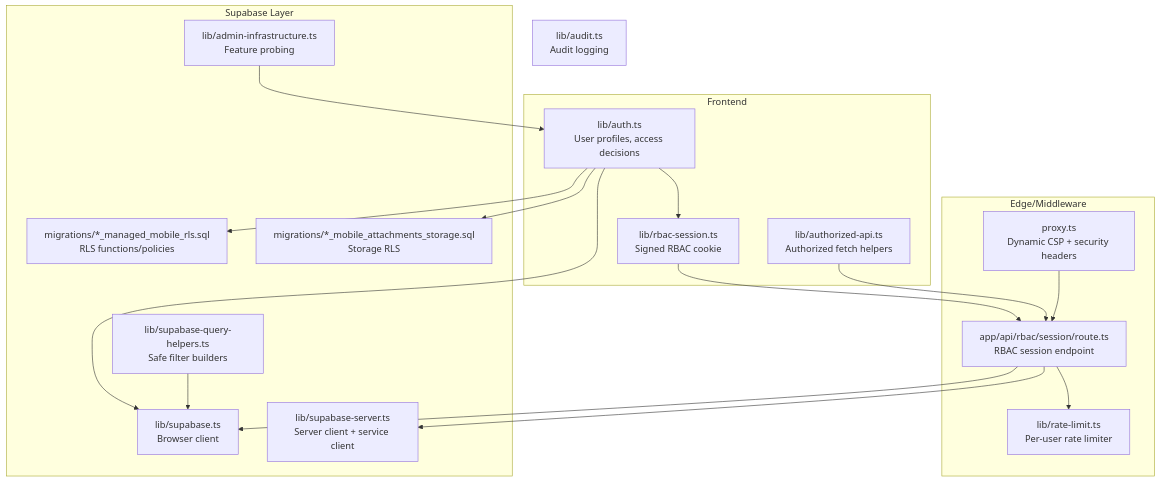
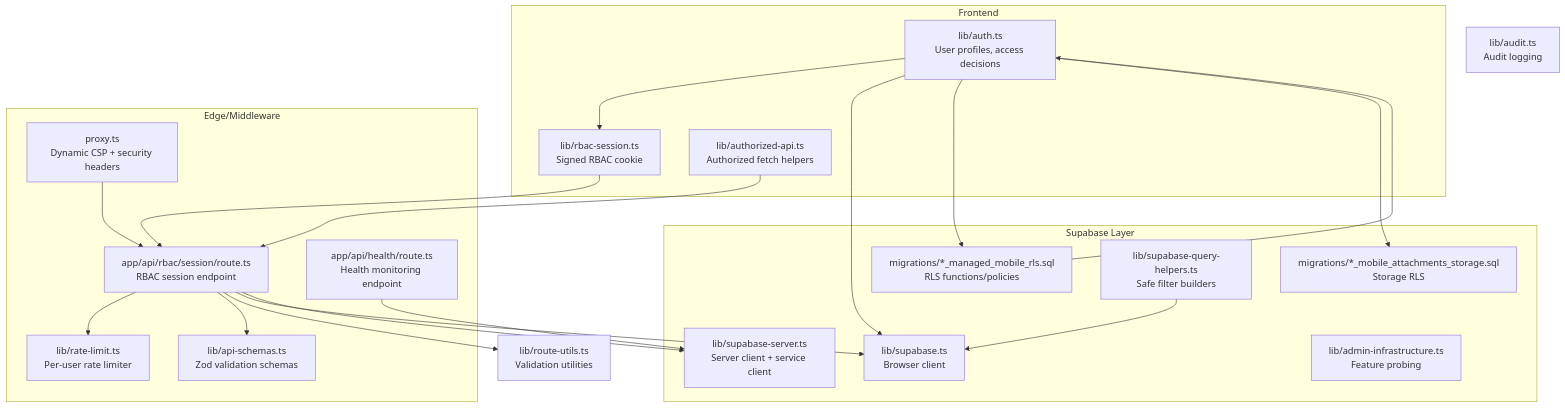
The first of 12 diagrams in .qoder/repowiki/en/content/Security Implementation/Security Implementation.md (mustafaalkusaj/appschoolmustafa2002), drawn with Mermaid before and after one commit. The commit also changed other lines of this file and 32884 other files, not shown here.

````diff
--- a/.qoder/repowiki/en/content/Security Implementation/Security Implementation.md
+++ b/.qoder/repowiki/en/content/Security Implementation/Security Implementation.md
@@ -56,34 +62,40 @@
 ```mermaid
 graph TB
 subgraph "Frontend"
 A["lib/auth.ts<br/>User profiles, access decisions"]
 B["lib/rbac-session.ts<br/>Signed RBAC cookie"]
 C["lib/authorized-api.ts<br/>Authorized fetch helpers"]
 end
 subgraph "Edge/Middleware"
 D["proxy.ts<br/>Dynamic CSP + security headers"]
 E["app/api/rbac/session/route.ts<br/>RBAC session endpoint"]
 F["lib/rate-limit.ts<br/>Per-user rate limiter"]
+G["lib/api-schemas.ts<br/>Zod validation schemas"]
+H["app/api/health/route.ts<br/>Health monitoring endpoint"]
 end
 subgraph "Supabase Layer"
-G["lib/supabase.ts<br/>Browser client"]
-H["lib/supabase-server.ts<br/>Server client + service client"]
-I["migrations/*_managed_mobile_rls.sql<br/>RLS functions/policies"]
-J["migrations/*_mobile_attachments_storage.sql<br/>Storage RLS"]
-K["lib/admin-infrastructure.ts<br/>Feature probing"]
-L["lib/supabase-query-helpers.ts<br/>Safe filter builders"]
+I["lib/supabase.ts<br/>Browser client"]
+J["lib/supabase-server.ts<br/>Server client + service client"]
+K["migrations/*_managed_mobile_rls.sql<br/>RLS functions/policies"]
+L["migrations/*_mobile_attachments_storage.sql<br/>Storage RLS"]
+M["lib/admin-infrastructure.ts<br/>Feature probing"]
+N["lib/supabase-query-helpers.ts<br/>Safe filter builders"]
 end
-M["lib/audit.ts<br/>Audit logging"]
+O["lib/audit.ts<br/>Audit logging"]
+P["lib/route-utils.ts<br/>Validation utilities"]
 A --> B
 B --> E
 C --> E
 E --> F
-A --> G
 E --> G
-E --> H
+E --> P
 A --> I
-A --> J
-L --> G
+E --> I
+E --> J
+A --> K
+A --> L
+N --> I
 K --> A
 D --> E
+H --> J
 ```
````
